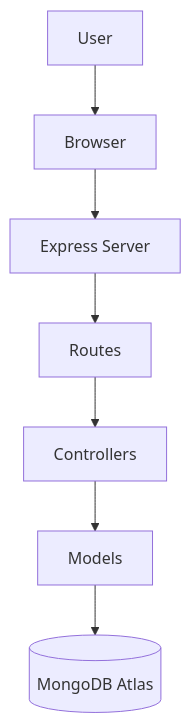
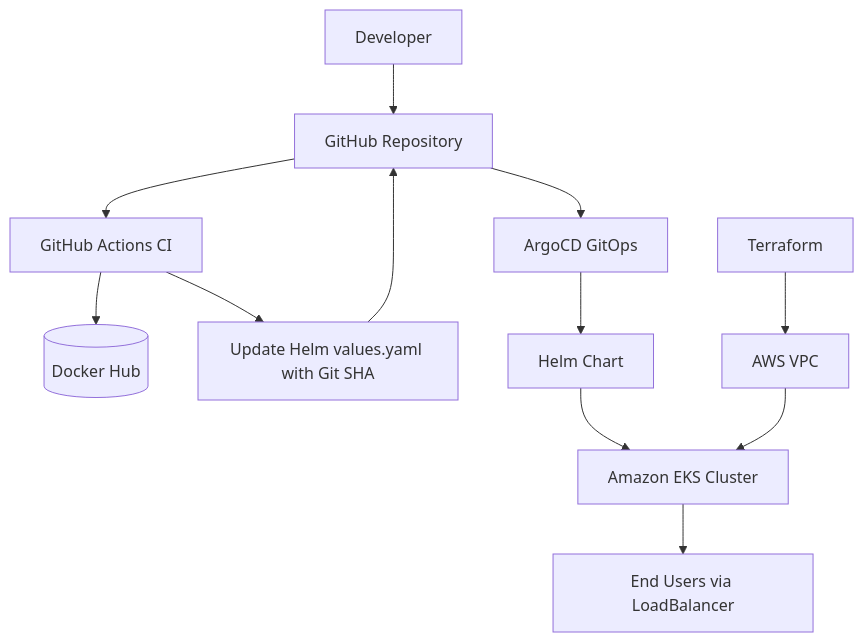
Before and after one commit to AbhishekThite387/Wanderlust: the first of 3 diagrams in README.md, drawn with Mermaid. The commit also changed other lines of this file and 8 other files, not shown here.

````diff
--- a/README.md
+++ b/README.md
@@ -166,9 +160,16 @@
 ```mermaid
 flowchart TD
-    A[User] --> B[Browser]
-    B --> C[Express Server]
-    C --> D[Routes]
-    D --> E[Controllers]
-    E --> F[Models]
-    F --> G[(MongoDB Atlas)]
+    Dev[Developer] --> Git[GitHub Repository]
+    Git --> CI[GitHub Actions CI]
+    CI --> DH[(Docker Hub)]
+    CI --> HelmUpdate[Update Helm values.yaml with Git SHA]
+    HelmUpdate --> Git
+
+    Git --> ArgoCD[ArgoCD GitOps]
+    ArgoCD --> Helm[Helm Chart]
+    Helm --> EKS[Amazon EKS Cluster]
+    EKS --> Users[End Users via LoadBalancer]
+
+    TF[Terraform] --> VPC[AWS VPC]
+    VPC --> EKS
 ```
````
